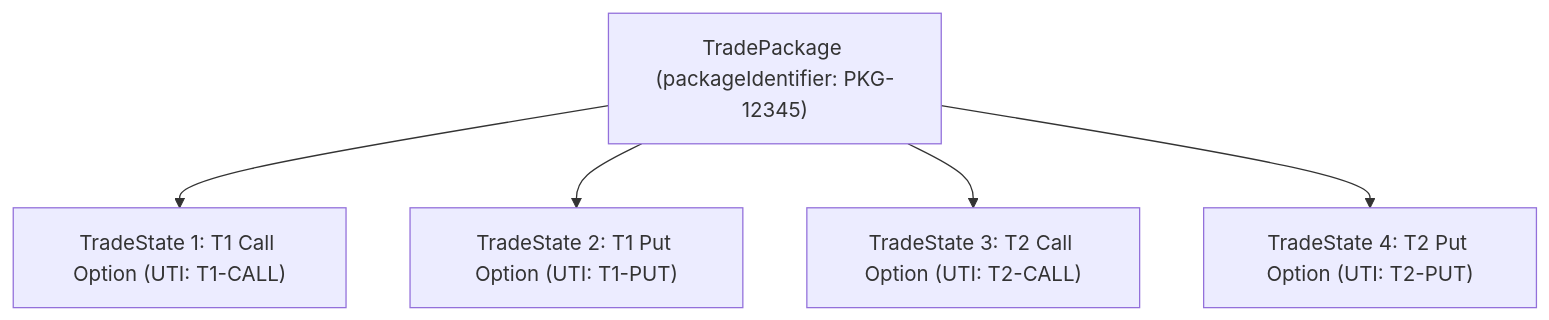
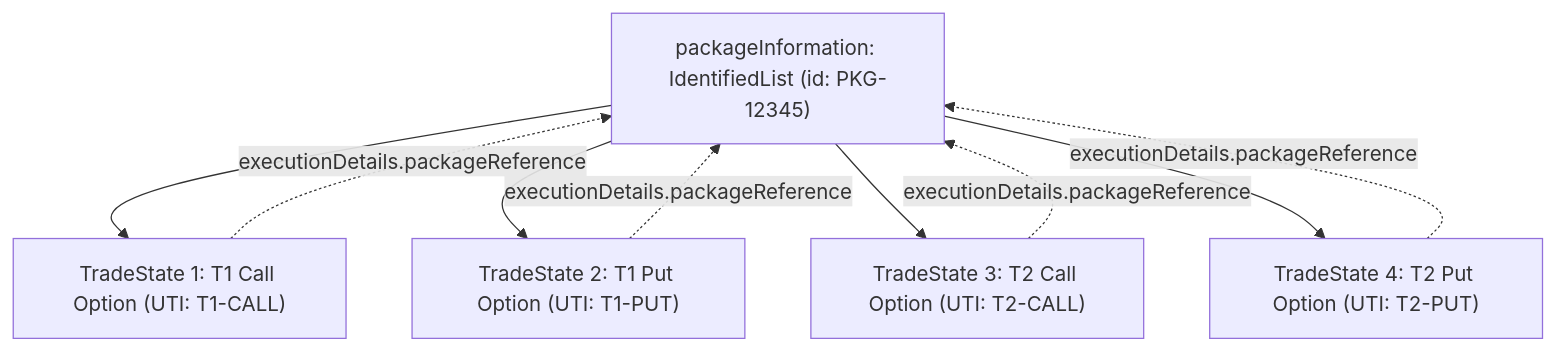
One commit to matsuuramasakazu/my_cdm_wiki changed the seventh of 15 diagrams in cdm_wiki/concepts/fx_products_and_synthetic_forward.md. Above: the diagram before and after it, drawn with Mermaid. The commit also changed other lines of this file and 2 other files, not shown here.

````diff
--- a/cdm_wiki/concepts/fx_products_and_synthetic_forward.md
+++ b/cdm_wiki/concepts/fx_products_and_synthetic_forward.md
@@ -466,8 +496,13 @@
 ```mermaid
 graph TD
-    Pkg["TradePackage (packageIdentifier: PKG-12345)"]
+    Pkg["packageInformation: IdentifiedList (id: PKG-12345)"]
     Pkg --> TS1["TradeState 1: T1 Call Option (UTI: T1-CALL)"]
     Pkg --> TS2["TradeState 2: T1 Put Option (UTI: T1-PUT)"]
     Pkg --> TS3["TradeState 3: T2 Call Option (UTI: T2-CALL)"]
     Pkg --> TS4["TradeState 4: T2 Put Option (UTI: T2-PUT)"]
+    
+    TS1 -.->|"executionDetails.packageReference"| Pkg
+    TS2 -.->|"executionDetails.packageReference"| Pkg
+    TS3 -.->|"executionDetails.packageReference"| Pkg
+    TS4 -.->|"executionDetails.packageReference"| Pkg
 ```
````
